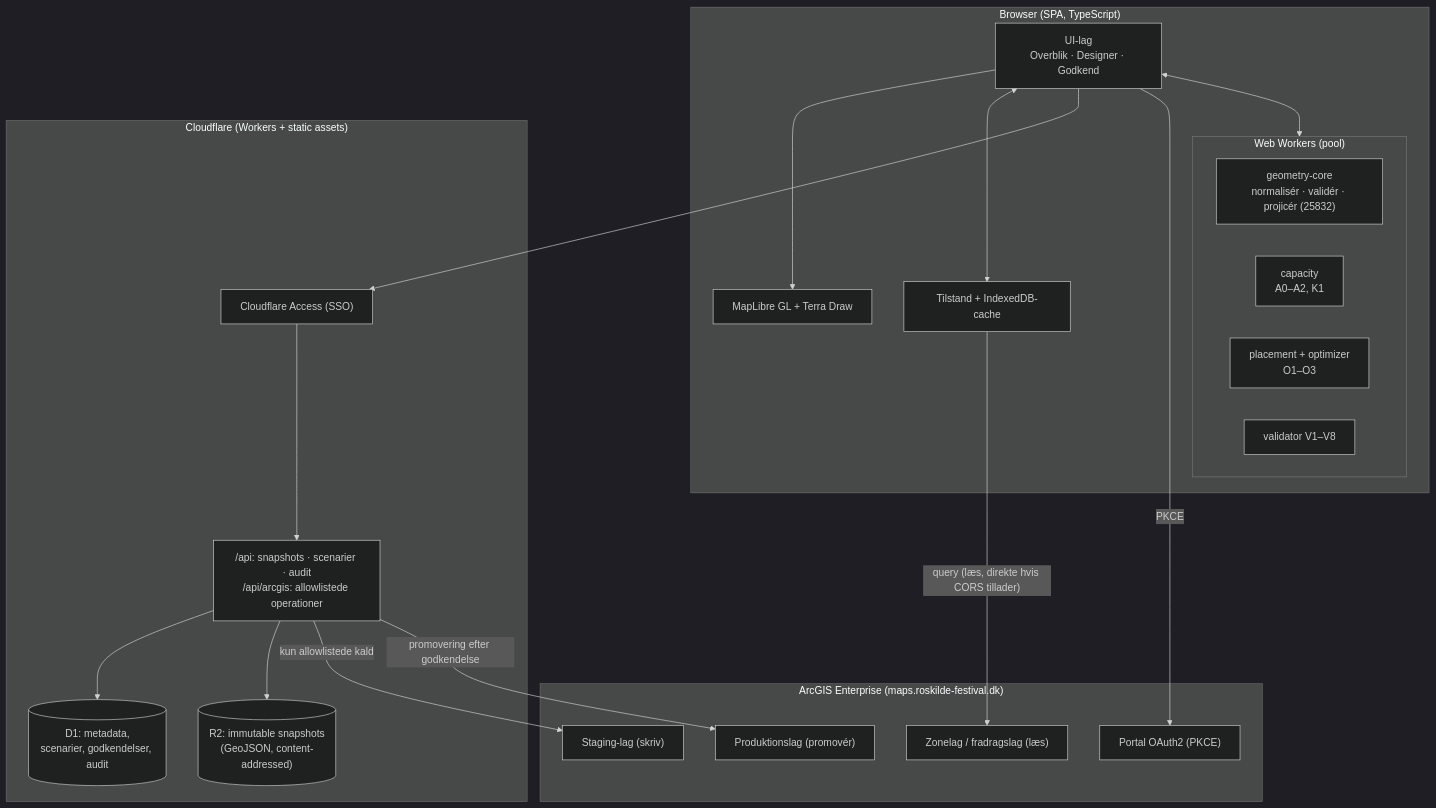
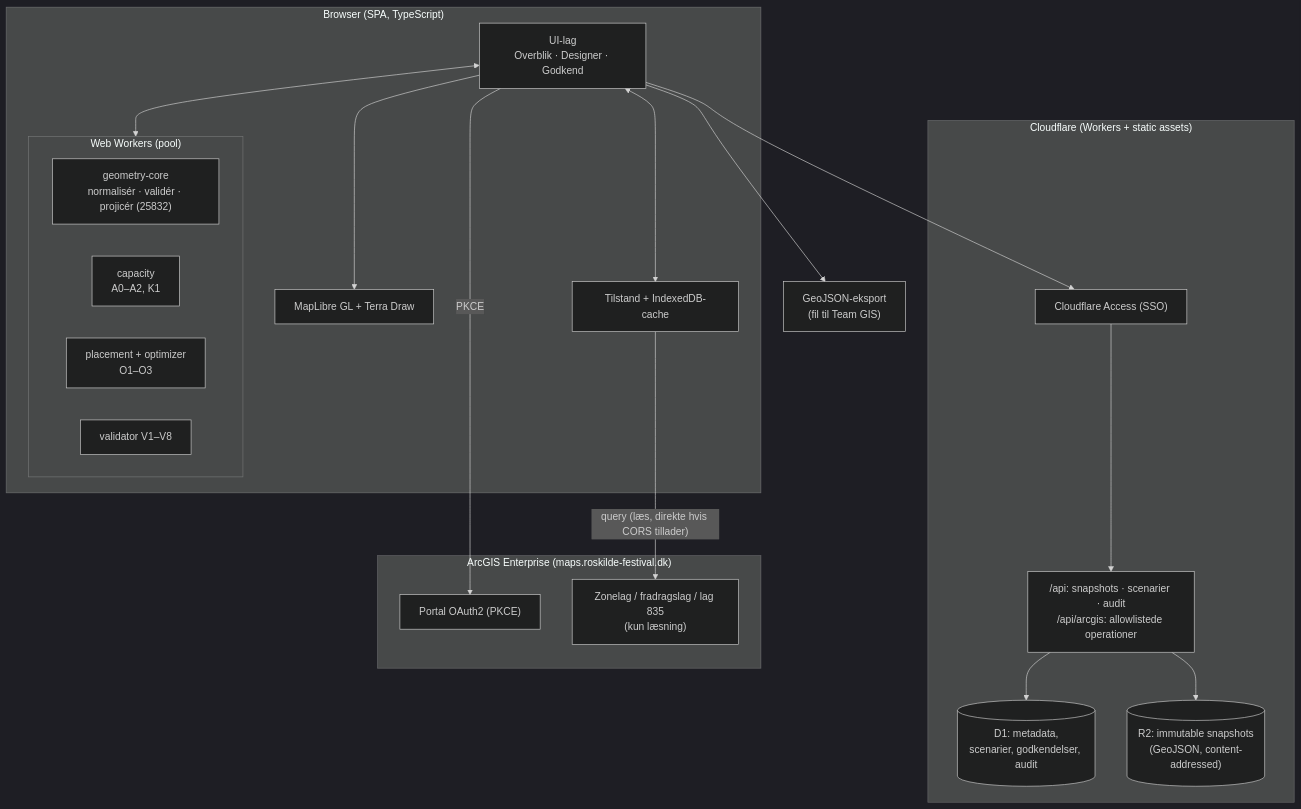
Before and after one commit to steenh/camping-space-mapper: the first of 3 diagrams in DISCOVERY-ARCHITECTURE.md, drawn with Mermaid (dark theme). The commit also changed other lines of this file and 7 other files, not shown here.

First line of the commit message:
Dokumentér A9: ArcGIS er read-only i alle faser

````diff
--- a/DISCOVERY-ARCHITECTURE.md
+++ b/DISCOVERY-ARCHITECTURE.md
@@ -8,36 +10,34 @@
 ```mermaid
 flowchart TB
   subgraph Client["Browser (SPA, TypeScript)"]
     UI["UI-lag<br/>Overblik · Designer · Godkend"]
     Map["MapLibre GL + Terra Draw"]
     Store["Tilstand + IndexedDB-cache"]
     subgraph Workers["Web Workers (pool)"]
       Geo["geometry-core<br/>normalisér · validér · projicér (25832)"]
       Cap["capacity<br/>A0–A2, K1"]
       Pl["placement + optimizer<br/>O1–O3"]
       Val["validator V1–V8"]
     end
   end
   subgraph Edge["Cloudflare (Workers + static assets)"]
     Access["Cloudflare Access (SSO)"]
     API["/api: snapshots · scenarier · audit<br/>/api/arcgis: allowlistede operationer"]
     D1[("D1: metadata,<br/>scenarier, godkendelser, audit")]
     R2[("R2: immutable snapshots<br/>(GeoJSON, content-addressed)")]
   end
   subgraph ArcGIS["ArcGIS Enterprise (maps.roskilde-festival.dk)"]
     Portal["Portal OAuth2 (PKCE)"]
-    Zones["Zonelag / fradragslag (læs)"]
-    Stage["Staging-lag (skriv)"]
-    Prod["Produktionslag (promovér)"]
+    Zones["Zonelag / fradragslag / lag 835<br/>(kun læsning)"]
   end
+  Export["GeoJSON-eksport<br/>(fil til Team GIS)"]
   UI --> Map
   UI <--> Store
   UI <--> Workers
   UI --> Access --> API
   API --> D1
   API --> R2
-  API -->|"kun allowlistede kald"| Stage
-  API -->|"promovering efter godkendelse"| Prod
+  UI --> Export
   Store -->|"query (læs, direkte hvis CORS tillader)"| Zones
   UI -->|PKCE| Portal
 ```
````
